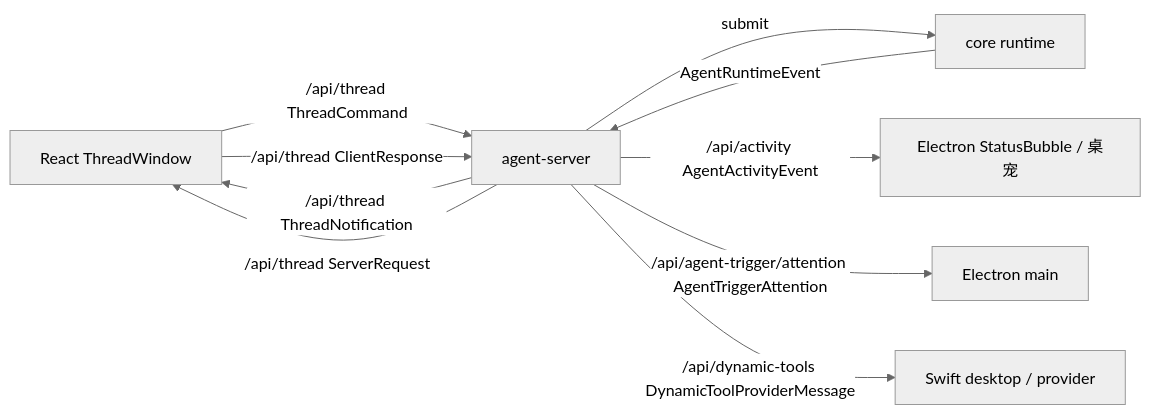
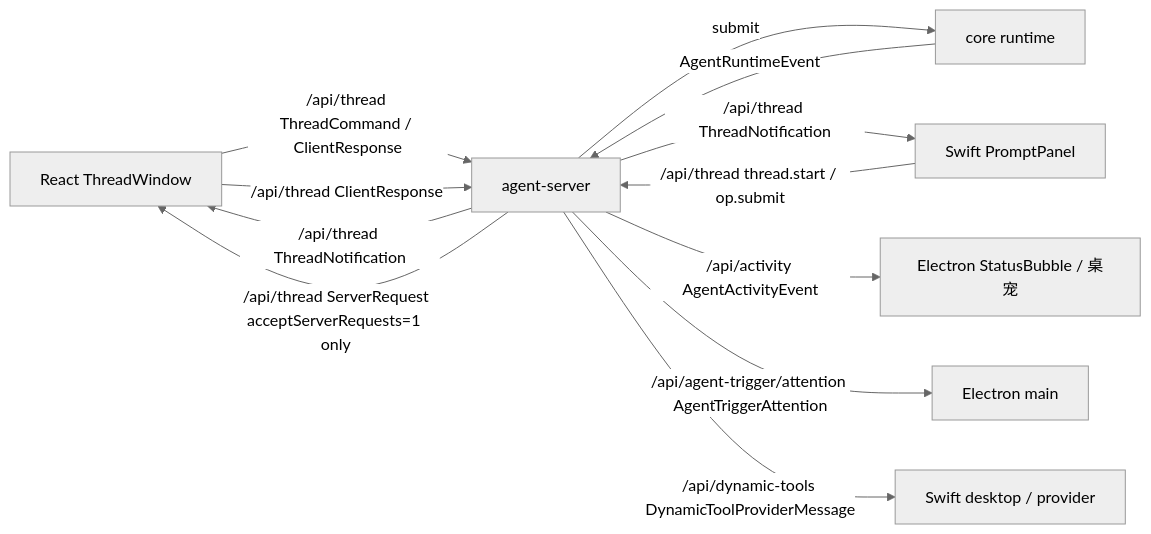
One commit to Lixuhang987/Wisp-Pocket changed the diagram in packages/core/src/protocol/protocol.md. Above: the diagram before and after it, drawn with Mermaid (neutral theme). The commit also changed other lines of this file and 17 other files, not shown here.

````diff
--- a/packages/core/src/protocol/protocol.md
+++ b/packages/core/src/protocol/protocol.md
@@ -29,12 +29,14 @@
 ```mermaid
 flowchart LR
-  A[React ThreadWindow] -->|/api/thread ThreadCommand| B[agent-server]
+  A[React ThreadWindow] -->|/api/thread ThreadCommand / ClientResponse| B[agent-server]
+  S[Swift PromptPanel] -->|/api/thread thread.start / op.submit| B
   B -->|submit| C[core runtime]
   C -->|AgentRuntimeEvent| B
   B -->|/api/thread ThreadNotification| A
-  B -->|/api/thread ServerRequest| A
+  B -->|/api/thread ThreadNotification| S
+  B -->|/api/thread ServerRequest<br/>acceptServerRequests=1 only| A
   A -->|/api/thread ClientResponse| B
   B -->|/api/activity AgentActivityEvent| E[Electron StatusBubble / 桌宠]
   B -->|/api/agent-trigger/attention AgentTriggerAttention| EA[Electron main]
   B -->|/api/dynamic-tools DynamicToolProviderMessage| D[Swift desktop / provider]
 ```
````
